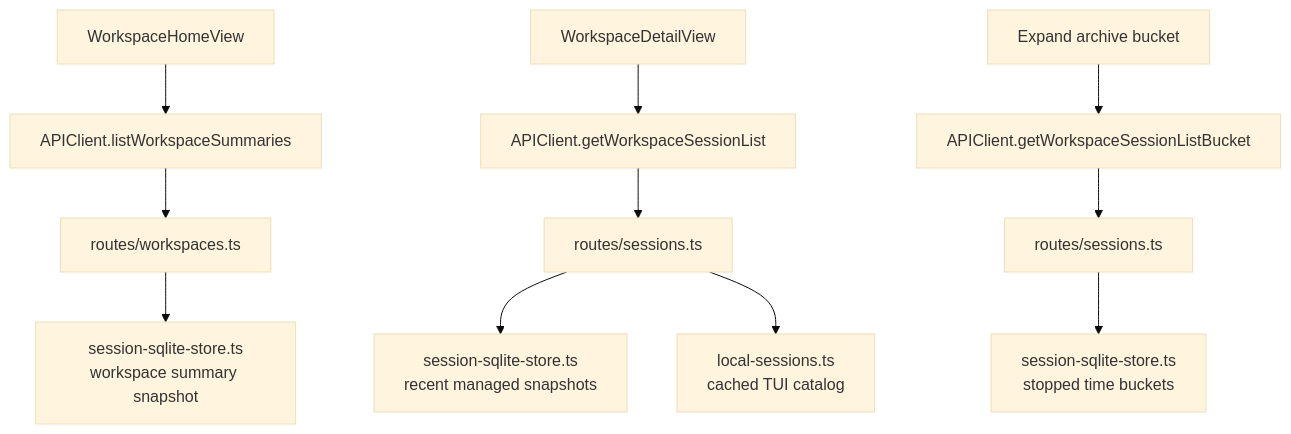
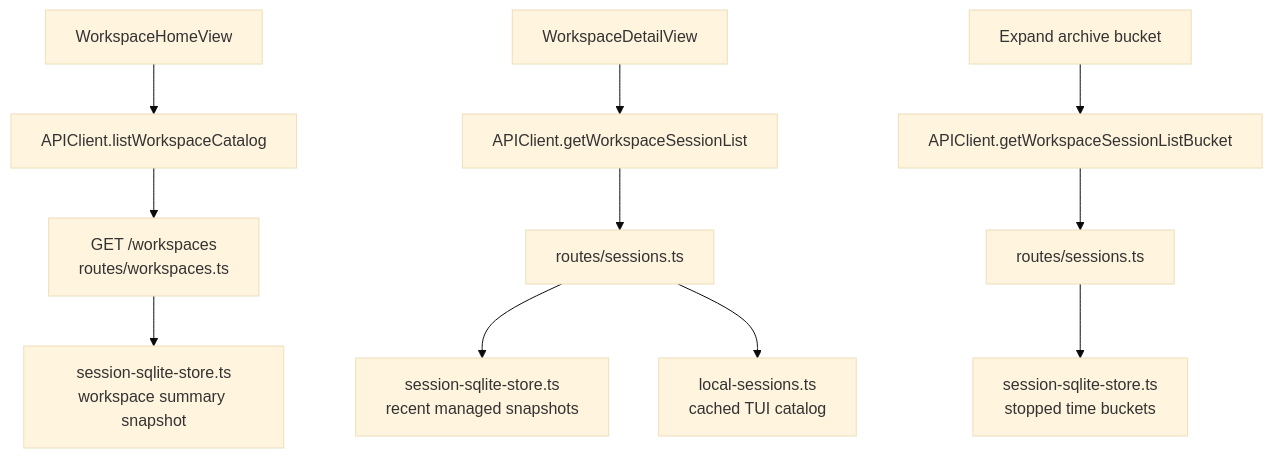
Before and after one commit to duh17/oppi: the fifth of 7 diagrams in docs/architecture.md, drawn with Mermaid (base theme). The commit also changed other lines of this file, not shown here.

Commit message:
docs: refresh architecture overview

````diff
--- a/docs/architecture.md
+++ b/docs/architecture.md
@@ -168,15 +175,15 @@
 ```mermaid
 graph TD
-  Home[WorkspaceHomeView] --> SummaryAPI[APIClient.listWorkspaceSummaries]
-  SummaryAPI --> SummaryRoute[routes/workspaces.ts]
+  Home[WorkspaceHomeView] --> SummaryAPI[APIClient.listWorkspaceCatalog]
+  SummaryAPI --> SummaryRoute[GET /workspaces<br/>routes/workspaces.ts]
   SummaryRoute --> SummaryStore[session-sqlite-store.ts<br/>workspace summary snapshot]
 
   Detail[WorkspaceDetailView] --> RecentAPI[APIClient.getWorkspaceSessionList]
   RecentAPI --> SessionRoute[routes/sessions.ts]
   SessionRoute --> RecentStore[session-sqlite-store.ts<br/>recent managed snapshots]
   SessionRoute --> LocalCatalog[local-sessions.ts<br/>cached TUI catalog]
 
   Expand[Expand archive bucket] --> BucketAPI[APIClient.getWorkspaceSessionListBucket]
   BucketAPI --> BucketRoute[routes/sessions.ts]
   BucketRoute --> BucketStore[session-sqlite-store.ts<br/>stopped time buckets]
 ```
````
